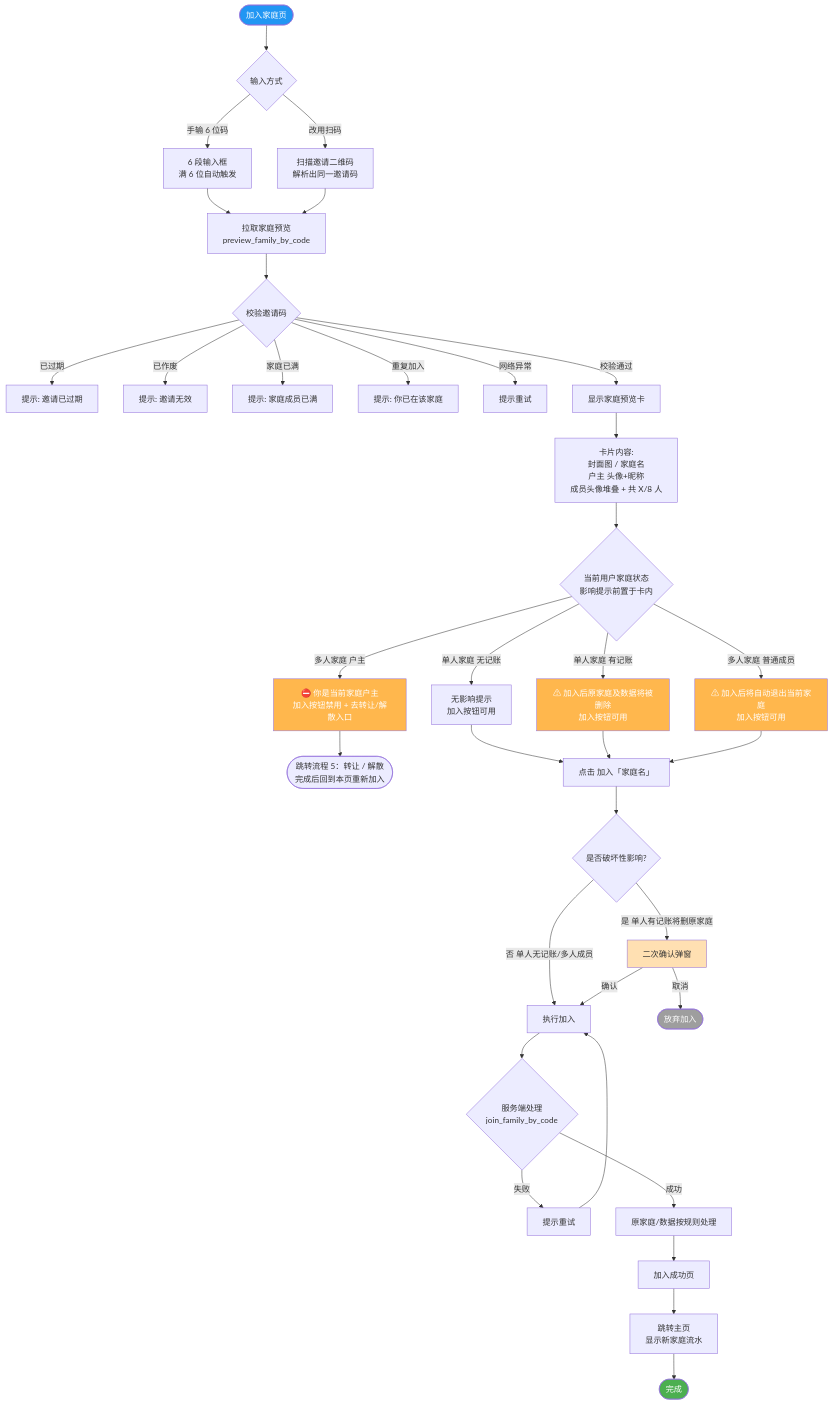
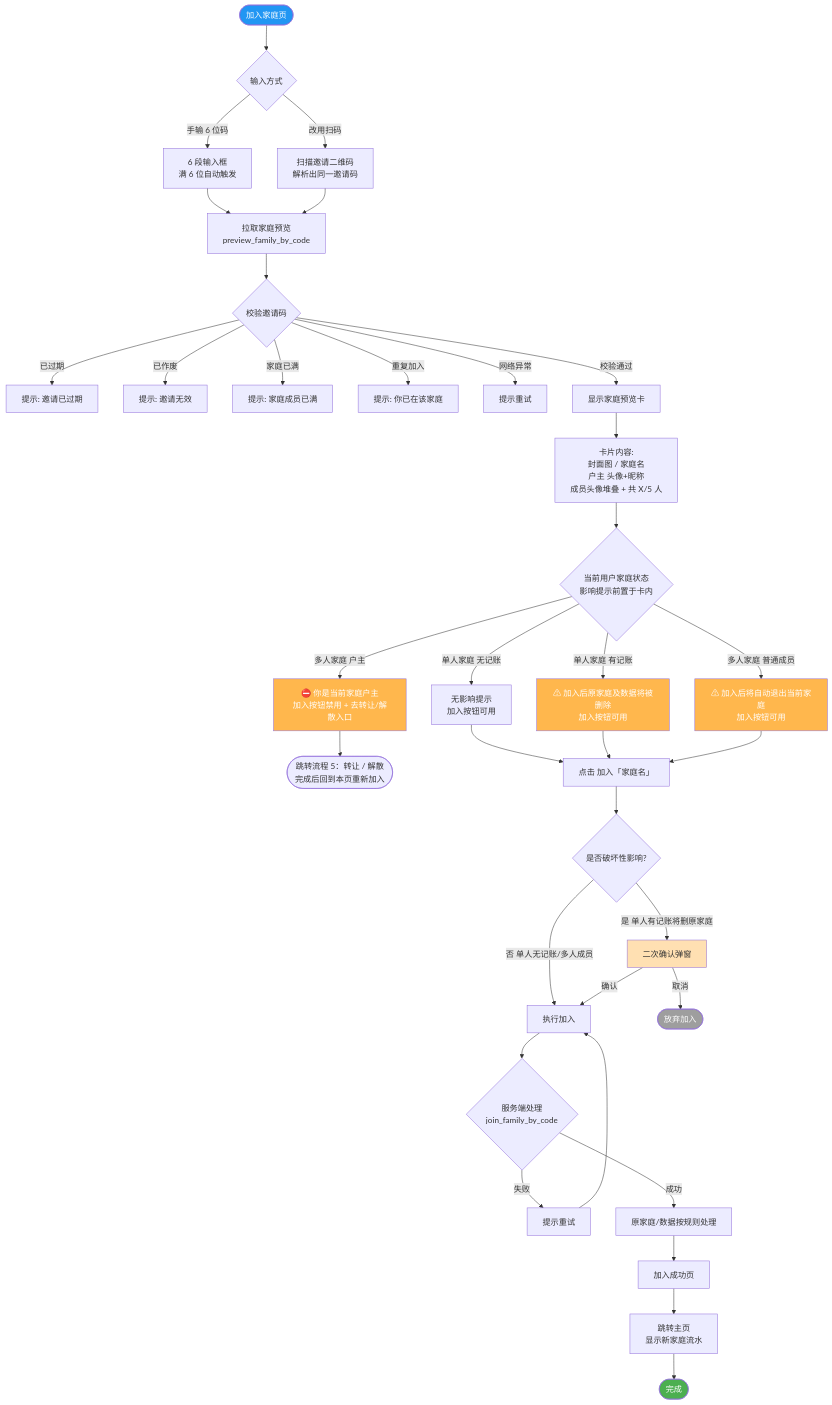
Before and after one commit to raochen0000/HomeBook: the fourth of 16 diagrams in docs/PRD.md, drawn with Mermaid. The commit also changed other lines of this file and 26 other files, not shown here.

````diff
--- a/docs/PRD.md
+++ b/docs/PRD.md
@@ -345,55 +345,55 @@
 ```mermaid
 flowchart TD
     A([加入家庭页]) --> B{输入方式}
     B -- 手输 6 位码 --> C1[6 段输入框<br/>满 6 位自动触发]
     B -- 改用扫码 --> C2[扫描邀请二维码<br/>解析出同一邀请码]
 
     C1 --> D[拉取家庭预览<br/>preview_family_by_code]
     C2 --> D
 
     D --> E{校验邀请码}
     E -- 已过期 --> E1[提示: 邀请已过期]
     E -- 已作废 --> E2[提示: 邀请无效]
     E -- 家庭已满 --> E3[提示: 家庭成员已满]
     E -- 重复加入 --> E4[提示: 你已在该家庭]
     E -- 网络异常 --> E5[提示重试]
     E -- 校验通过 --> F[显示家庭预览卡]
 
-    F --> G[卡片内容:<br/>封面图 / 家庭名<br/>户主 头像+昵称<br/>成员头像堆叠 + 共 X/8 人]
+    F --> G[卡片内容:<br/>封面图 / 家庭名<br/>户主 头像+昵称<br/>成员头像堆叠 + 共 X/5 人]
 
     G --> H{当前用户家庭状态<br/>影响提示前置于卡内}
 
     H -- 单人家庭 无记账 --> H1[无影响提示<br/>加入按钮可用]
     H -- 单人家庭 有记账 --> H2[⚠ 加入后原家庭及数据将被删除<br/>加入按钮可用]
     H -- 多人家庭 普通成员 --> H3[⚠ 加入后将自动退出当前家庭<br/>加入按钮可用]
     H -- 多人家庭 户主 --> H4[⛔ 你是当前家庭户主<br/>加入按钮禁用 + 去转让/解散入口]
 
     H4 --> H4End([跳转流程 5：转让 / 解散<br/>完成后回到本页重新加入])
 
     H1 --> I[点击 加入「家庭名」]
     H2 --> I
     H3 --> I
 
     I --> J{是否破坏性影响?}
     J -- 否 单人无记账/多人成员 --> L[执行加入]
     J -- 是 单人有记账将删原家庭 --> K[二次确认弹窗]
     K -- 取消 --> Z1([放弃加入])
     K -- 确认 --> L
 
     L --> M{服务端处理<br/>join_family_by_code}
     M -- 失败 --> M1[提示重试]
     M1 --> L
     M -- 成功 --> N[原家庭/数据按规则处理]
 
     N --> O[加入成功页]
     O --> P[跳转主页<br/>显示新家庭流水]
     P --> Z2([完成])
 
     style A fill:#2196F3,color:#fff
     style Z1 fill:#9E9E9E,color:#fff
     style Z2 fill:#4CAF50,color:#fff
     style H2 fill:#FFB74D,color:#fff
     style H3 fill:#FFB74D,color:#fff
     style H4 fill:#FFB74D,color:#fff
     style K fill:#FFE0B2
 ```
````
